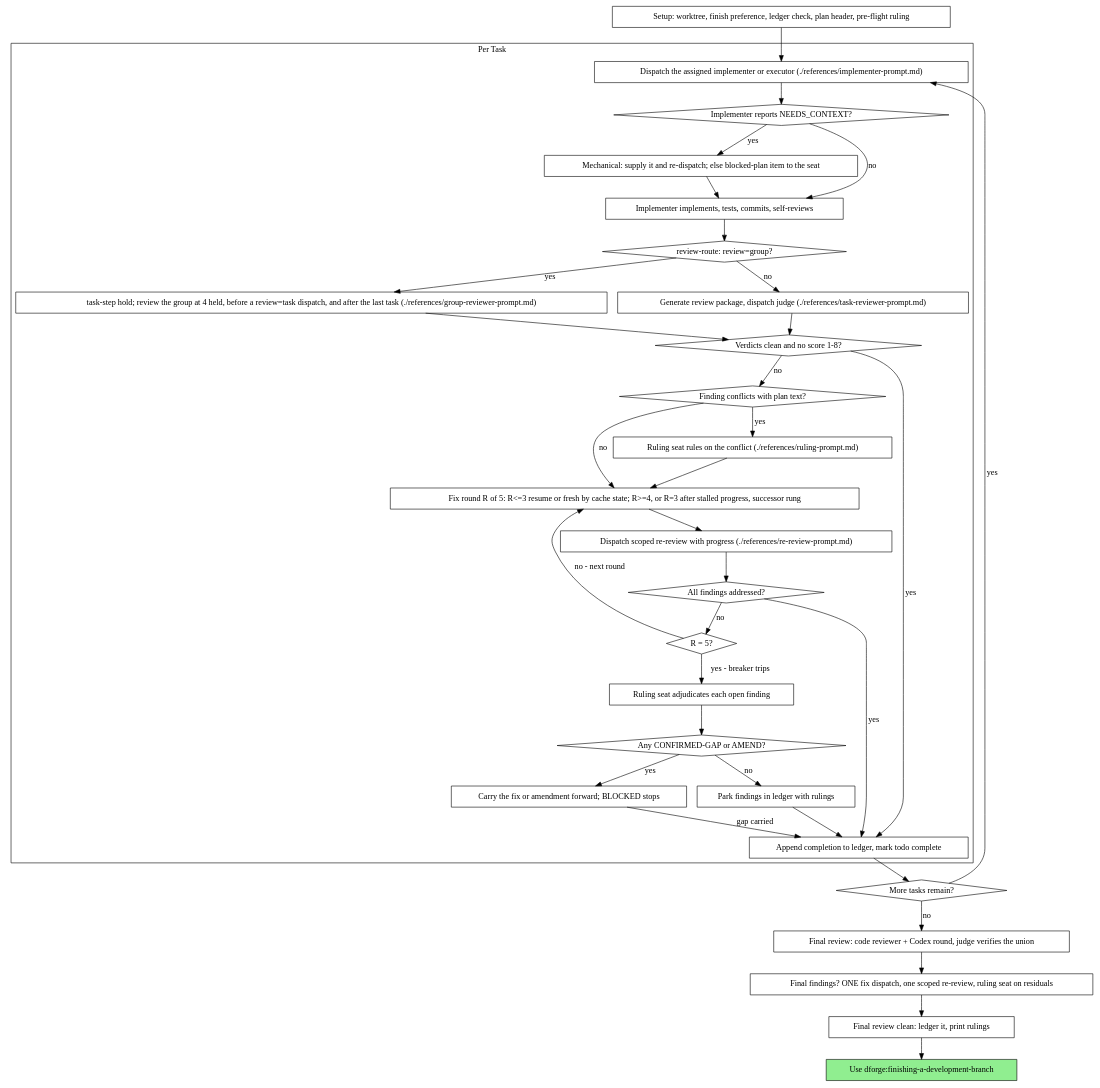
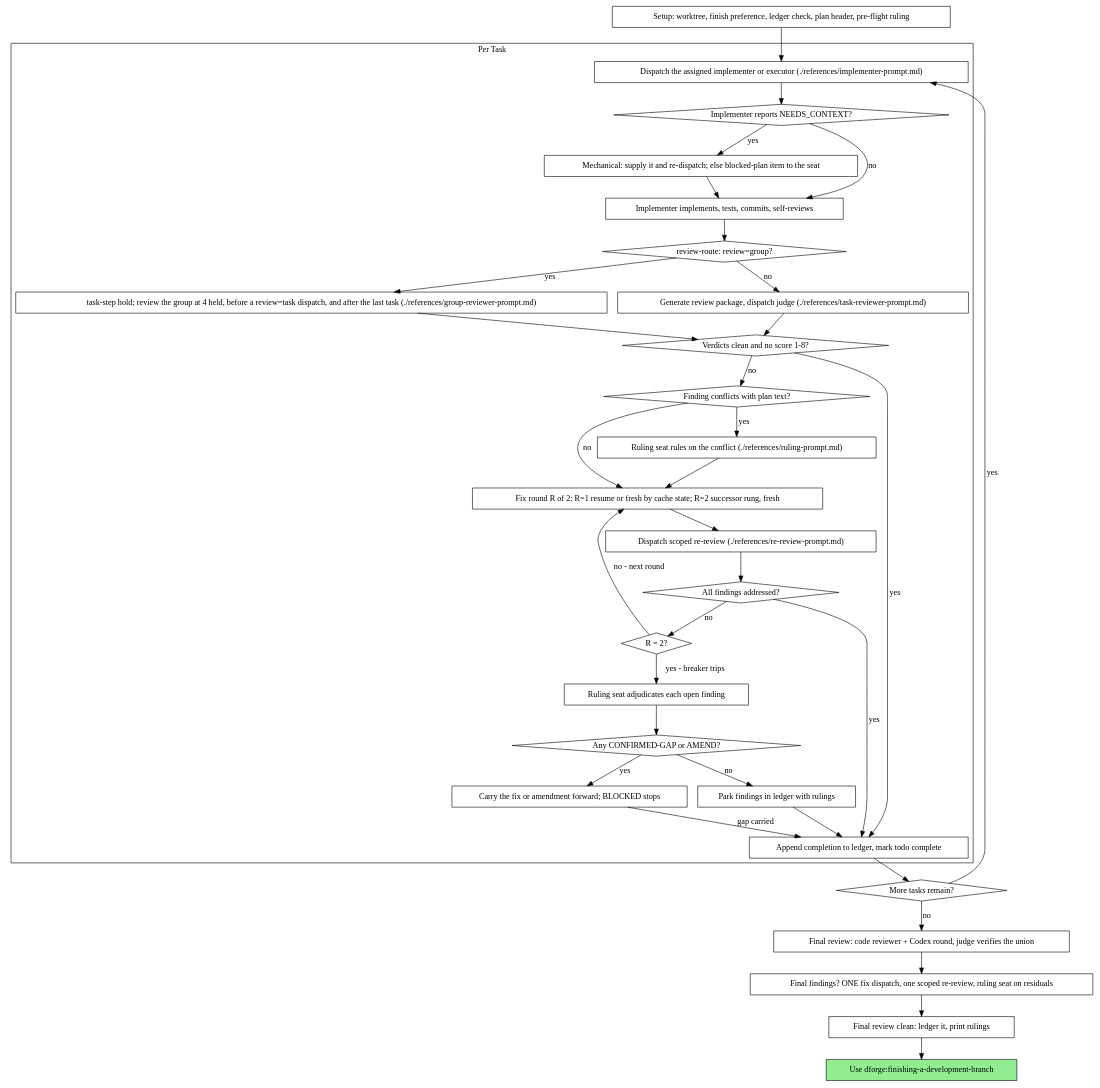
One commit to darkraise/darkraise-ai-plugins changed the diagram in plugins/dforge/skills/subagent-driven-development/SKILL.md. Above: the diagram before and after it, drawn with Graphviz. The commit also changed other lines of this file and 10 other files, not shown here.

````diff
--- a/plugins/dforge/skills/subagent-driven-development/SKILL.md
+++ b/plugins/dforge/skills/subagent-driven-development/SKILL.md
@@ -168,68 +170,68 @@
 ```dot
 digraph process {
     rankdir=TB;
 
     subgraph cluster_per_task {
         label="Per Task";
         "Dispatch the assigned implementer or executor (./references/implementer-prompt.md)" [shape=box];
         "Implementer reports NEEDS_CONTEXT?" [shape=diamond];
         "Mechanical: supply it and re-dispatch; else blocked-plan item to the seat" [shape=box];
         "Implementer implements, tests, commits, self-reviews" [shape=box];
         "review-route: review=group?" [shape=diamond];
         "task-step hold; review the group at 4 held, before a review=task dispatch, and after the last task (./references/group-reviewer-prompt.md)" [shape=box];
         "Generate review package, dispatch judge (./references/task-reviewer-prompt.md)" [shape=box];
         "Verdicts clean and no score 1-8?" [shape=diamond];
         "Finding conflicts with plan text?" [shape=diamond];
         "Ruling seat rules on the conflict (./references/ruling-prompt.md)" [shape=box];
-        "Fix round R of 5: R<=3 resume or fresh by cache state; R>=4, or R=3 after stalled progress, successor rung" [shape=box];
-        "Dispatch scoped re-review with progress (./references/re-review-prompt.md)" [shape=box];
+        "Fix round R of 2: R=1 resume or fresh by cache state; R=2 successor rung, fresh" [shape=box];
+        "Dispatch scoped re-review (./references/re-review-prompt.md)" [shape=box];
         "All findings addressed?" [shape=diamond];
-        "R = 5?" [shape=diamond];
+        "R = 2?" [shape=diamond];
         "Ruling seat adjudicates each open finding" [shape=box];
         "Any CONFIRMED-GAP or AMEND?" [shape=diamond];
         "Carry the fix or amendment forward; BLOCKED stops" [shape=box];
         "Park findings in ledger with rulings" [shape=box];
         "Append completion to ledger, mark todo complete" [shape=box];
     }
 
     "Setup: worktree, finish preference, ledger check, plan header, pre-flight ruling" [shape=box];
     "More tasks remain?" [shape=diamond];
     "Final review: code reviewer + Codex round, judge verifies the union" [shape=box];
     "Final findings? ONE fix dispatch, one scoped re-review, ruling seat on residuals" [shape=box];
     "Final review clean: ledger it, print rulings" [shape=box];
     "Use dforge:finishing-a-development-branch" [shape=box style=filled fillcolor=lightgreen];
 
     "Setup: worktree, finish preference, ledger check, plan header, pre-flight ruling" -> "Dispatch the assigned implementer or executor (./references/implementer-prompt.md)";
     "Dispatch the assigned implementer or executor (./references/implementer-prompt.md)" -> "Implementer reports NEEDS_CONTEXT?";
     "Implementer reports NEEDS_CONTEXT?" -> "Mechanical: supply it and re-dispatch; else blocked-plan item to the seat" [label="yes"];
     "Mechanical: supply it and re-dispatch; else blocked-plan item to the seat" -> "Implementer implements, tests, commits, self-reviews";
     "Implementer reports NEEDS_CONTEXT?" -> "Implementer implements, tests, commits, self-reviews" [label="no"];
     "Implementer implements, tests, commits, self-reviews" -> "review-route: review=group?";
     "review-route: review=group?" -> "Generate review package, dispatch judge (./references/task-reviewer-prompt.md)" [label="no"];
     "review-route: review=group?" -> "task-step hold; review the group at 4 held, before a review=task dispatch, and after the last task (./references/group-reviewer-prompt.md)" [label="yes"];
     "task-step hold; review the group at 4 held, before a review=task dispatch, and after the last task (./references/group-reviewer-prompt.md)" -> "Verdicts clean and no score 1-8?";
     "Generate review package, dispatch judge (./references/task-reviewer-prompt.md)" -> "Verdicts clean and no score 1-8?";
     "Verdicts clean and no score 1-8?" -> "Append completion to ledger, mark todo complete" [label="yes"];
     "Verdicts clean and no score 1-8?" -> "Finding conflicts with plan text?" [label="no"];
     "Finding conflicts with plan text?" -> "Ruling seat rules on the conflict (./references/ruling-prompt.md)" [label="yes"];
-    "Ruling seat rules on the conflict (./references/ruling-prompt.md)" -> "Fix round R of 5: R<=3 resume or fresh by cache state; R>=4, or R=3 after stalled progress, successor rung";
-    "Finding conflicts with plan text?" -> "Fix round R of 5: R<=3 resume or fresh by cache state; R>=4, or R=3 after stalled progress, successor rung" [label="no"];
-    "Fix round R of 5: R<=3 resume or fresh by cache state; R>=4, or R=3 after stalled progress, successor rung" -> "Dispatch scoped re-review with progress (./references/re-review-prompt.md)";
-    "Dispatch scoped re-review with progress (./references/re-review-prompt.md)" -> "All findings addressed?";
+    "Ruling seat rules on the conflict (./references/ruling-prompt.md)" -> "Fix round R of 2: R=1 resume or fresh by cache state; R=2 successor rung, fresh";
+    "Finding conflicts with plan text?" -> "Fix round R of 2: R=1 resume or fresh by cache state; R=2 successor rung, fresh" [label="no"];
+    "Fix round R of 2: R=1 resume or fresh by cache state; R=2 successor rung, fresh" -> "Dispatch scoped re-review (./references/re-review-prompt.md)";
+    "Dispatch scoped re-review (./references/re-review-prompt.md)" -> "All findings addressed?";
     "All findings addressed?" -> "Append completion to ledger, mark todo complete" [label="yes"];
-    "All findings addressed?" -> "R = 5?" [label="no"];
-    "R = 5?" -> "Fix round R of 5: R<=3 resume or fresh by cache state; R>=4, or R=3 after stalled progress, successor rung" [label="no - next round"];
-    "R = 5?" -> "Ruling seat adjudicates each open finding" [label="yes - breaker trips"];
+    "All findings addressed?" -> "R = 2?" [label="no"];
+    "R = 2?" -> "Fix round R of 2: R=1 resume or fresh by cache state; R=2 successor rung, fresh" [label="no - next round"];
+    "R = 2?" -> "Ruling seat adjudicates each open finding" [label="yes - breaker trips"];
     "Ruling seat adjudicates each open finding" -> "Any CONFIRMED-GAP or AMEND?";
     "Any CONFIRMED-GAP or AMEND?" -> "Carry the fix or amendment forward; BLOCKED stops" [label="yes"];
     "Carry the fix or amendment forward; BLOCKED stops" -> "Append completion to ledger, mark todo complete" [label="gap carried"];
     "Any CONFIRMED-GAP or AMEND?" -> "Park findings in ledger with rulings" [label="no"];
     "Park findings in ledger with rulings" -> "Append completion to ledger, mark todo complete";
     "Append completion to ledger, mark todo complete" -> "More tasks remain?";
     "More tasks remain?" -> "Dispatch the assigned implementer or executor (./references/implementer-prompt.md)" [label="yes"];
     "More tasks remain?" -> "Final review: code reviewer + Codex round, judge verifies the union" [label="no"];
     "Final review: code reviewer + Codex round, judge verifies the union" -> "Final findings? ONE fix dispatch, one scoped re-review, ruling seat on residuals";
     "Final findings? ONE fix dispatch, one scoped re-review, ruling seat on residuals" -> "Final review clean: ledger it, print rulings";
     "Final review clean: ledger it, print rulings" -> "Use dforge:finishing-a-development-branch";
 }
 ```
````
